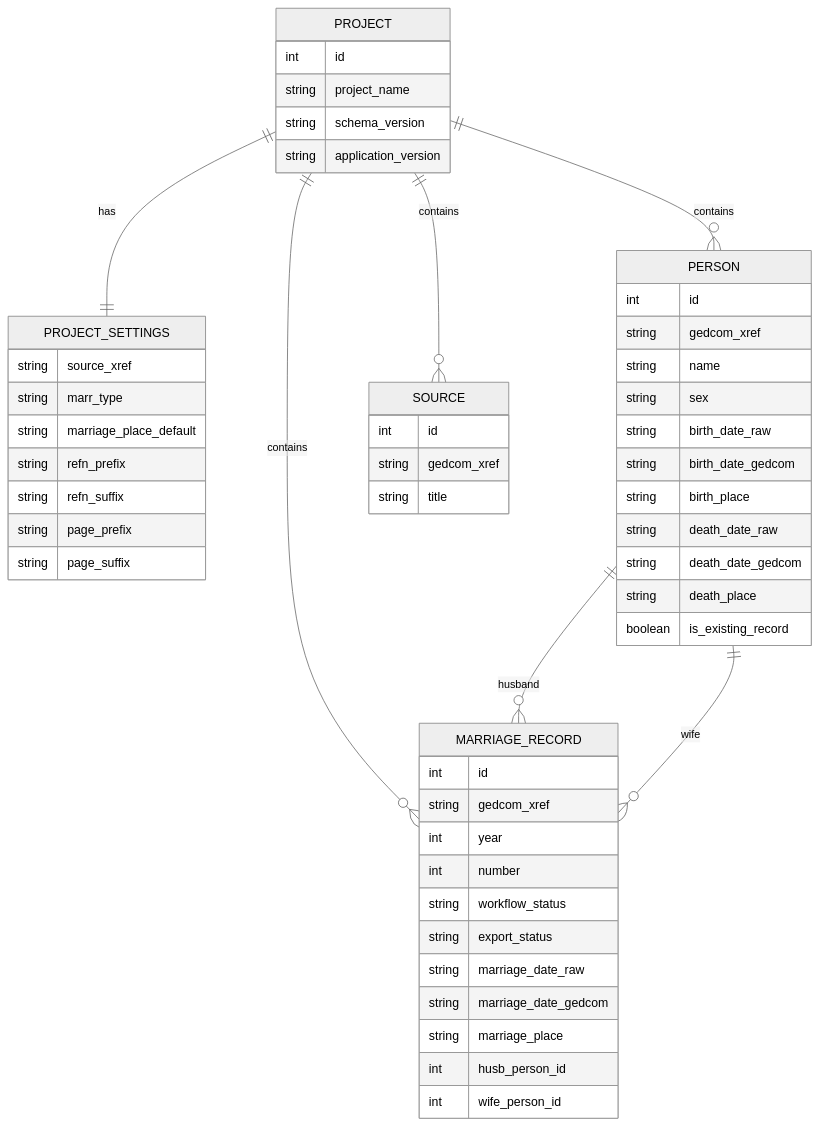
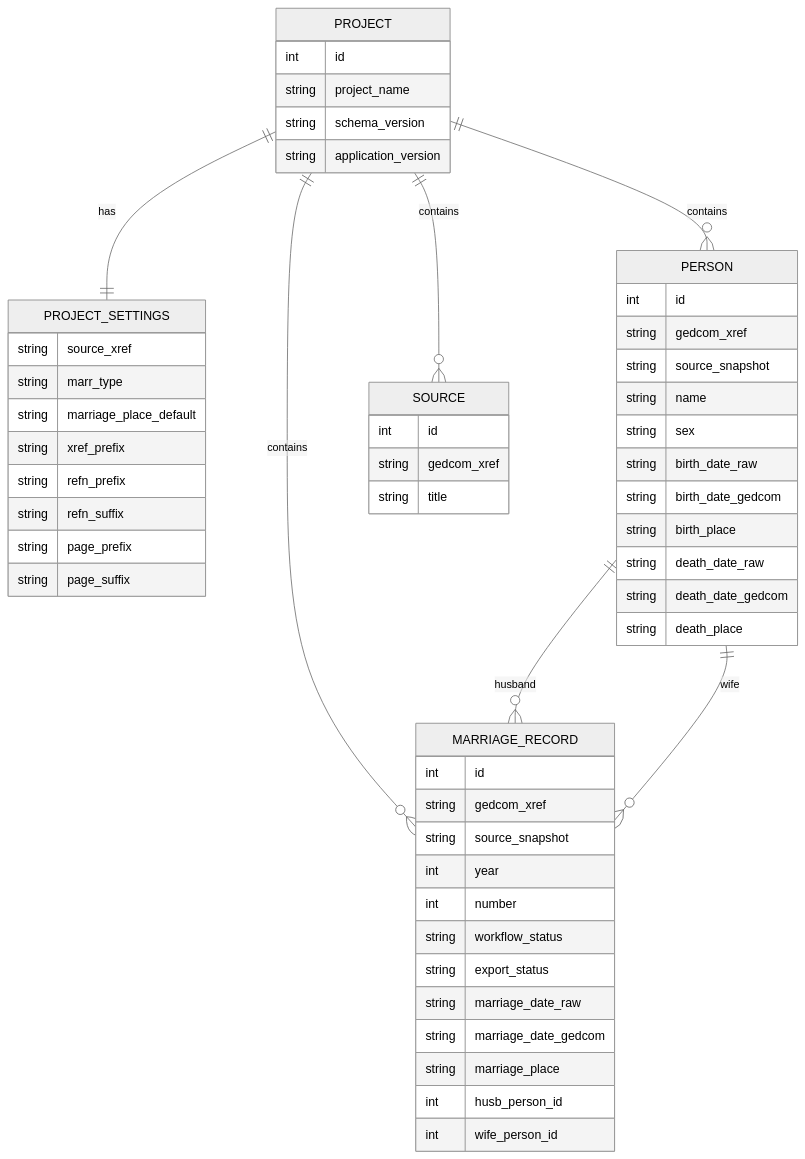
The diagram in docs/architecture/DATA_MODEL.md (carosaar/ged_editor), drawn with Mermaid (neutral theme) before and after one commit. The commit also changed other lines of this file and 3 other files, not shown here.

````diff
--- a/docs/architecture/DATA_MODEL.md
+++ b/docs/architecture/DATA_MODEL.md
@@ -426,73 +569,64 @@
 ```mermaid
 erDiagram
 
     PROJECT ||--|| PROJECT_SETTINGS : has
     PROJECT ||--o{ MARRIAGE_RECORD : contains
     PROJECT ||--o{ PERSON : contains
     PROJECT ||--o{ SOURCE : contains
 
     PERSON ||--o{ MARRIAGE_RECORD : husband
     PERSON ||--o{ MARRIAGE_RECORD : wife
 
     PROJECT {
         int id
         string project_name
         string schema_version
         string application_version
     }
 
     PROJECT_SETTINGS {
         string source_xref
         string marr_type
         string marriage_place_default
-
+        string xref_prefix
         string refn_prefix
         string refn_suffix
-
         string page_prefix
         string page_suffix
     }
 
     MARRIAGE_RECORD {
         int id
         string gedcom_xref
-
+        string source_snapshot
         int year
         int number
-
         string workflow_status
         string export_status
-
         string marriage_date_raw
         string marriage_date_gedcom
         string marriage_place
-
         int husb_person_id
         int wife_person_id
     }
 
     PERSON {
         int id
-
         string gedcom_xref
-
+        string source_snapshot
         string name
         string sex
-
         string birth_date_raw
         string birth_date_gedcom
         string birth_place
-
         string death_date_raw
         string death_date_gedcom
         string death_place
-
-        boolean is_existing_record
     }
 
     SOURCE {
         int id
         string gedcom_xref
         string title
     }
 ```
````
